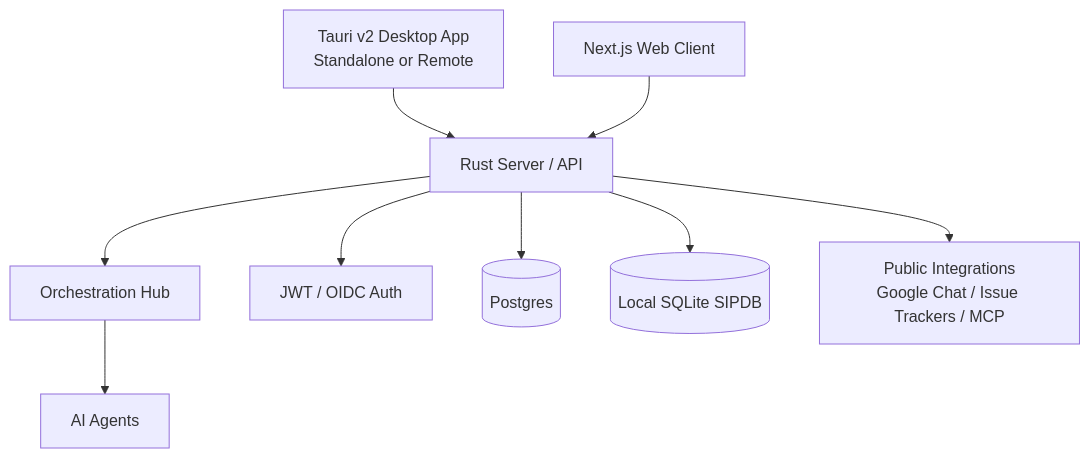
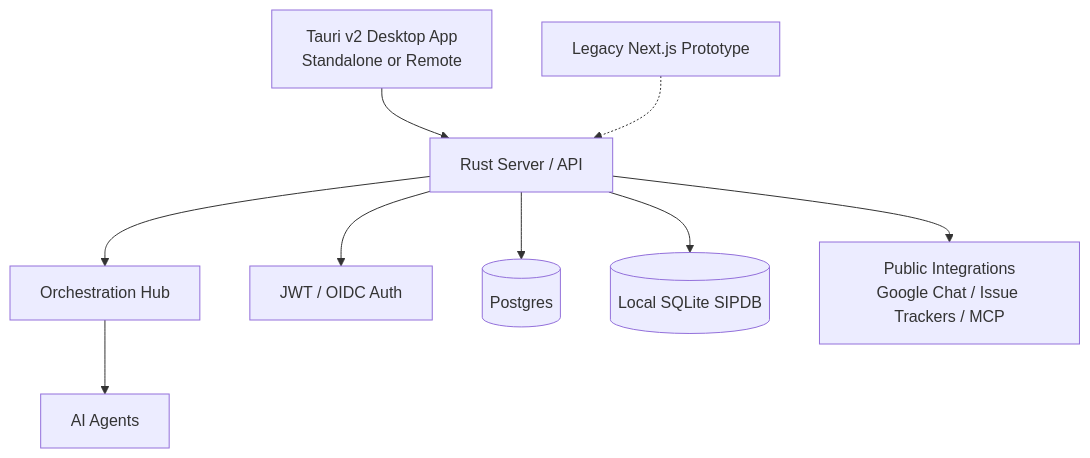
One commit to omnisolo-llc/onehumancorp changed the diagram in README.md. Above: the diagram before and after it, drawn with Mermaid. The commit also changed other lines of this file and 64 other files, not shown here.

````diff
--- a/README.md
+++ b/README.md
@@ -40,11 +40,11 @@
 ```mermaid
 graph TD;
     DesktopClient[Tauri v2 Desktop App\nStandalone or Remote] --> API[Rust Server / API];
-    WebClient[Next.js Web Client] --> API;
+    LegacyWeb[Legacy Next.js Prototype] -.-> API;
     API --> Orchestration[Orchestration Hub];
     API --> Auth[JWT / OIDC Auth];
     Orchestration --> Agents[AI Agents];
     API --> Postgres[(Postgres)];
     API --> SQLite[(Local SQLite SIPDB)];
     API --> Integrations[Public Integrations\nGoogle Chat / Issue Trackers / MCP];
 ```
````
